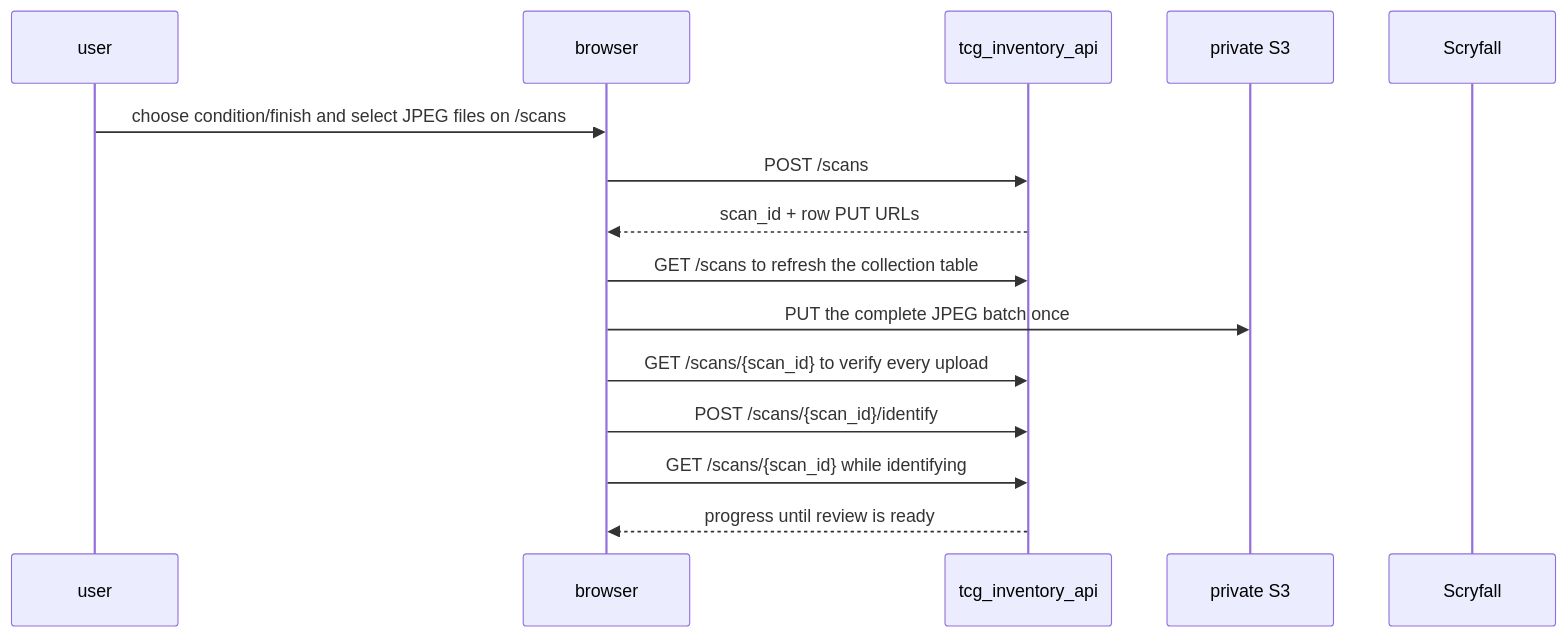
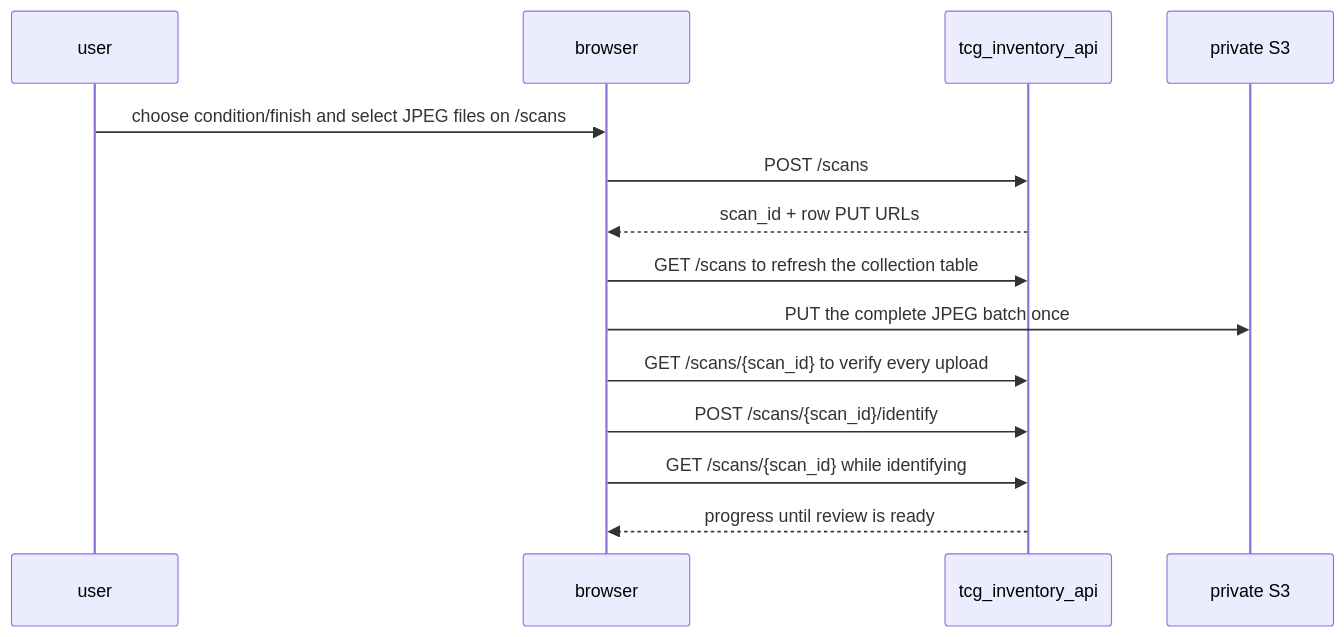
The third of 3 diagrams in tcg_inventory_web/README.md (jordansimsmith/jordansimsmith-com), drawn with Mermaid before and after one commit. The commit also changed other lines of this file and 20 other files, not shown here.

````diff
--- a/tcg_inventory_web/README.md
+++ b/tcg_inventory_web/README.md
@@ -98,18 +99,16 @@
 ```mermaid
 sequenceDiagram
   participant U as user
   participant W as browser
   participant A as tcg_inventory_api
   participant S as private S3
-  participant C as Scryfall
-
   U->>W: choose condition/finish and select JPEG files on /scans
   W->>A: POST /scans
   A-->>W: scan_id + row PUT URLs
   W->>A: GET /scans to refresh the collection table
   W->>S: PUT the complete JPEG batch once
   W->>A: GET /scans/{scan_id} to verify every upload
   W->>A: POST /scans/{scan_id}/identify
   W->>A: GET /scans/{scan_id} while identifying
   A-->>W: progress until review is ready
 ```
````
